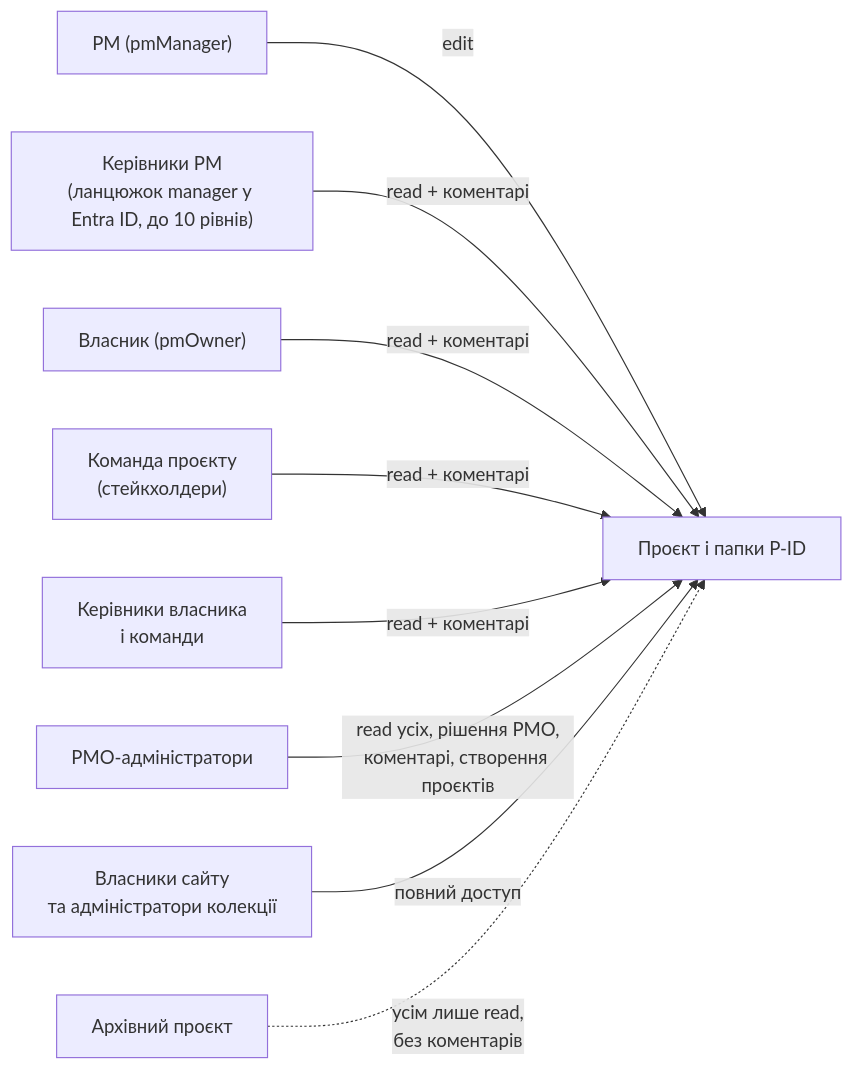
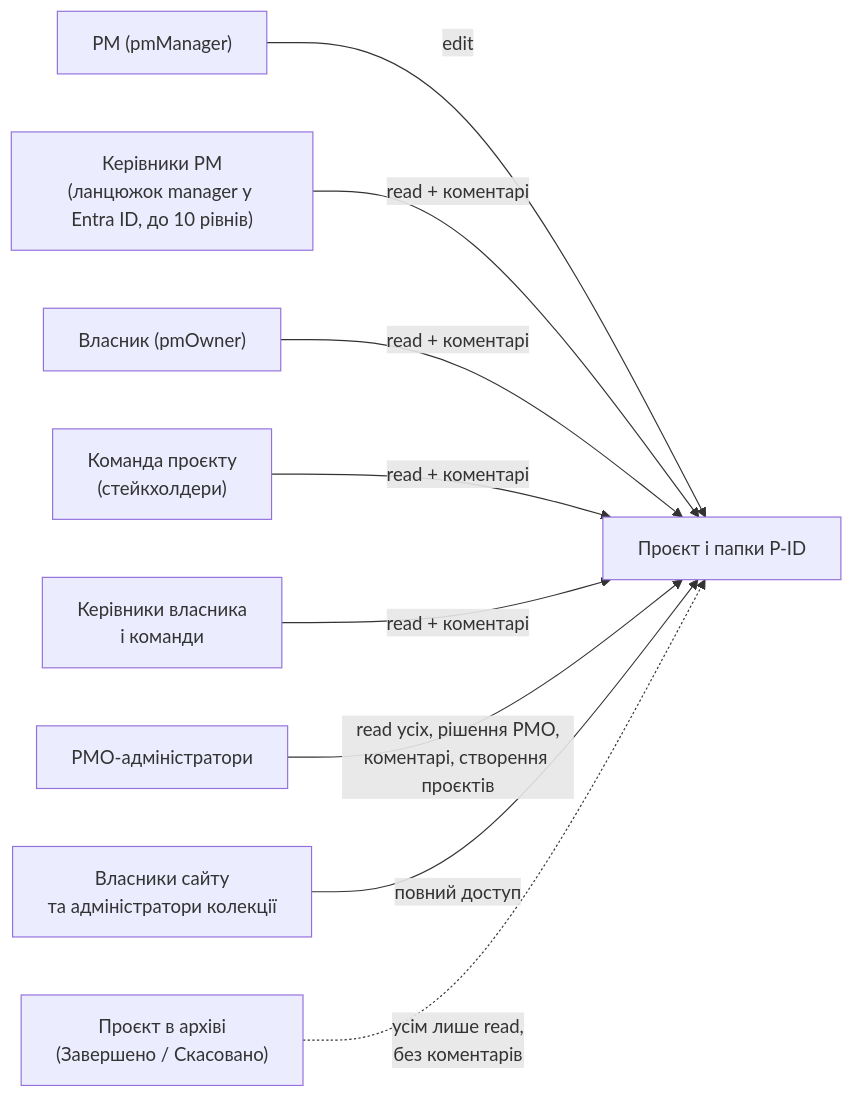
Before and after one commit to Acidsly/pmo-portal: diagram 12 of 15 in docs/ARCHITECTURE.md, drawn with Mermaid. The commit also changed other lines of this file and 45 other files, not shown here.

Commit message:
Архив по статусам «Завершено» / «Скасовано» вместо «Архівний»: общий признак, миграция 6a3, представления «Завершені» / «Скасовані», «Дата завершення / скасування» (1.7.1.0)

````diff
--- a/docs/ARCHITECTURE.md
+++ b/docs/ARCHITECTURE.md
@@ -343,11 +343,11 @@
 ```mermaid
 flowchart LR
     PM["PM (pmManager)"] -->|"edit"| PRJ["Проєкт і папки P-ID"]
     PMM["Керівники PM<br/>(ланцюжок manager у Entra ID, до 10 рівнів)"] -->|"read + коментарі"| PRJ
     OW["Власник (pmOwner)"] -->|"read + коментарі"| PRJ
     ST["Команда проєкту<br/>(стейкхолдери)"] -->|"read + коментарі"| PRJ
     MG["Керівники власника<br/>і команди"] -->|"read + коментарі"| PRJ
     PMO["PMO-адміністратори"] -->|"read усіх, рішення PMO,<br/>коментарі, створення проєктів"| PRJ
     OWN["Власники сайту<br/>та адміністратори колекції"] -->|"повний доступ"| PRJ
-    ARCH["Архівний проєкт"] -.->|"усім лише read,<br/>без коментарів"| PRJ
+    ARCH["Проєкт в архіві<br/>(Завершено / Скасовано)"] -.->|"усім лише read,<br/>без коментарів"| PRJ
 ```
````
